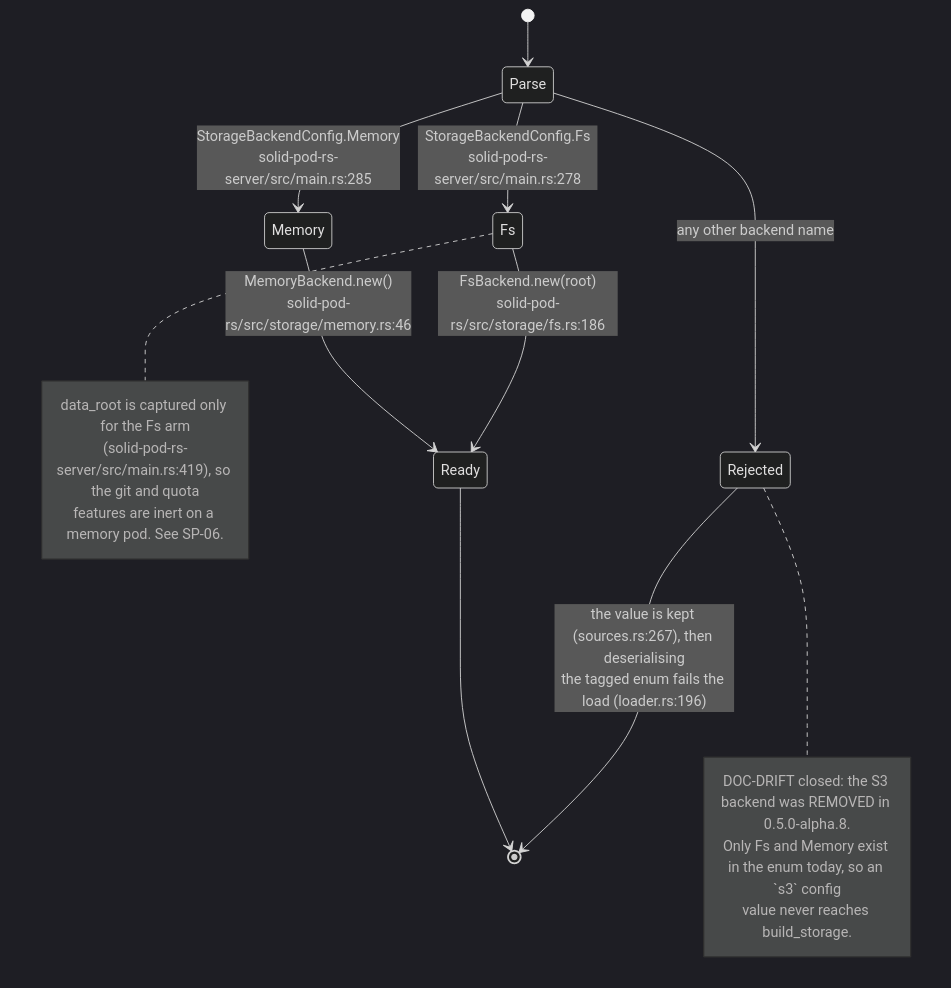
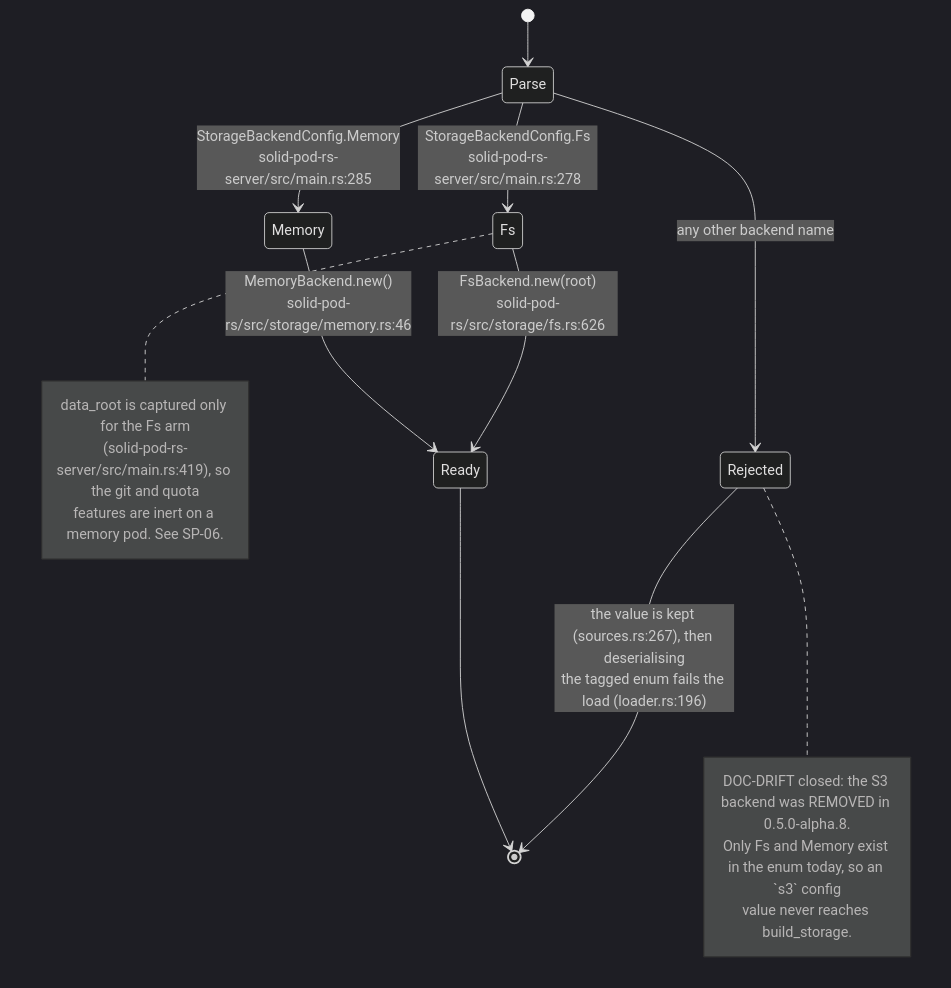
Before and after one commit to DreamLab-AI/VisionFlow: the fifth of 13 diagrams in docs/diagrams/solid-pod-rs/02-server-boot-and-routes.md, drawn with Mermaid (dark theme). The commit also changed other lines of this file and 18 other files, not shown here.

First line of the commit message:
docs(diagrams): freeze panels for fixed defects and add successors at the fix revisions

````diff
--- a/docs/diagrams/solid-pod-rs/02-server-boot-and-routes.md
+++ b/docs/diagrams/solid-pod-rs/02-server-boot-and-routes.md
@@ -196,24 +196,24 @@
 ```mermaid
 stateDiagram-v2
     [*] --> Parse
     Parse --> Fs: StorageBackendConfig.Fs<br/>solid-pod-rs-server/src/main.rs:278
     Parse --> Memory: StorageBackendConfig.Memory<br/>solid-pod-rs-server/src/main.rs:285
     Parse --> Rejected: any other backend name
 
-    Fs --> Ready: FsBackend.new(root)<br/>solid-pod-rs/src/storage/fs.rs:186
+    Fs --> Ready: FsBackend.new(root)<br/>solid-pod-rs/src/storage/fs.rs:626
     Memory --> Ready: MemoryBackend.new()<br/>solid-pod-rs/src/storage/memory.rs:46
     Rejected --> [*]: the value is kept (sources.rs:267), then deserialising<br/>the tagged enum fails the load (loader.rs:196)
 
     Ready --> [*]
 
     note right of Rejected
       DOC-DRIFT closed: the S3 backend was REMOVED in 0.5.0-alpha.8.
       Only Fs and Memory exist in the enum today, so an `s3` config
       value never reaches build_storage.
     end note
     note right of Fs
       data_root is captured only for the Fs arm
       (solid-pod-rs-server/src/main.rs:419), so the git and quota
       features are inert on a memory pod. See SP-06.
     end note
 ```
````
